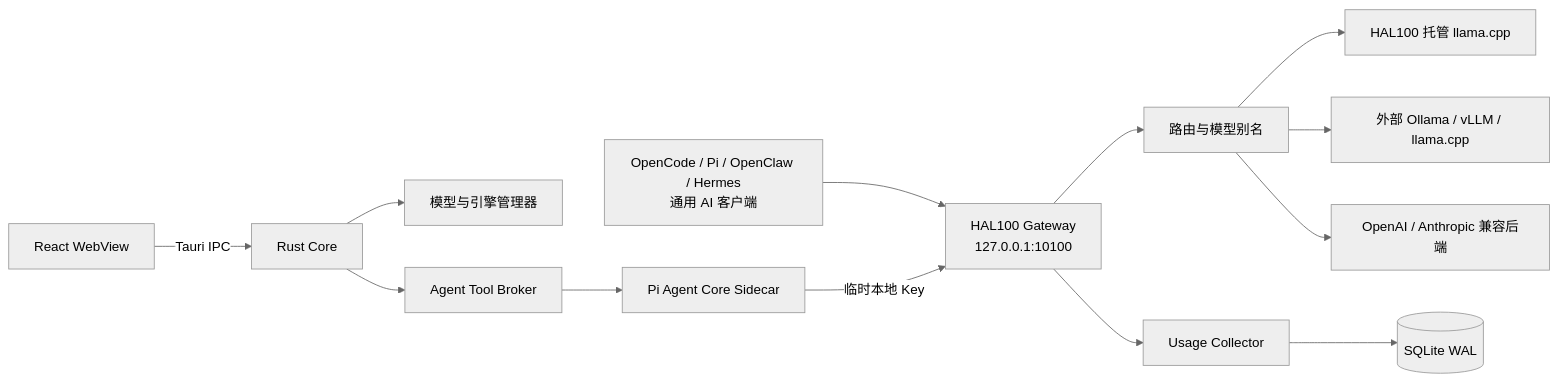
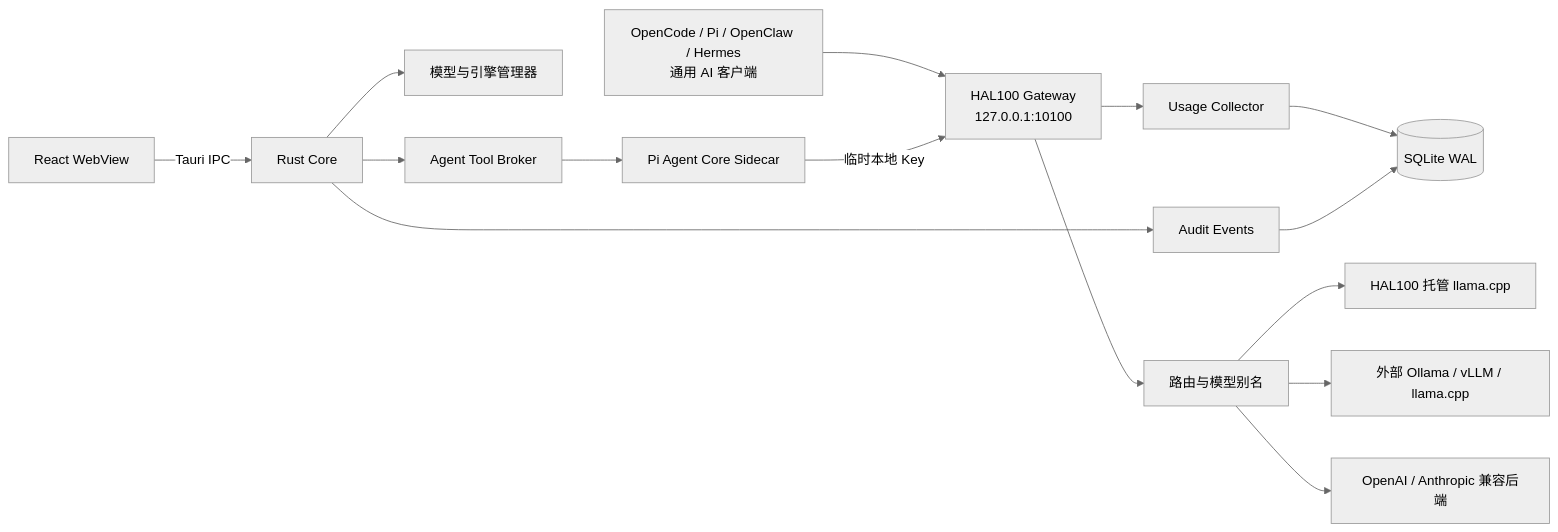
The diagram in README.md (Drew1811266/HAL100), drawn with Mermaid (neutral theme) before and after one commit. The commit also changed other lines of this file, not shown here.

````diff
--- a/README.md
+++ b/README.md
@@ -42,16 +56,18 @@
 ```mermaid
 flowchart LR
     Clients["OpenCode / Pi / OpenClaw / Hermes<br/>通用 AI 客户端"] --> Gateway["HAL100 Gateway<br/>127.0.0.1:10100"]
     Gateway --> Router["路由与模型别名"]
     Router --> Managed["HAL100 托管 llama.cpp"]
     Router --> Local["外部 Ollama / vLLM / llama.cpp"]
     Router --> Cloud["OpenAI / Anthropic 兼容后端"]
     Gateway --> Usage["Usage Collector"]
+    Core --> Audit["Audit Events"]
     Usage --> SQLite[("SQLite WAL")]
+    Audit --> SQLite
 
     UI["React WebView"] -->|Tauri IPC| Core["Rust Core"]
     Core --> Runtime["模型与引擎管理器"]
     Core --> Broker["Agent Tool Broker"]
     Broker --> Sidecar["Pi Agent Core Sidecar"]
     Sidecar -->|临时本地 Key| Gateway
 ```
````
